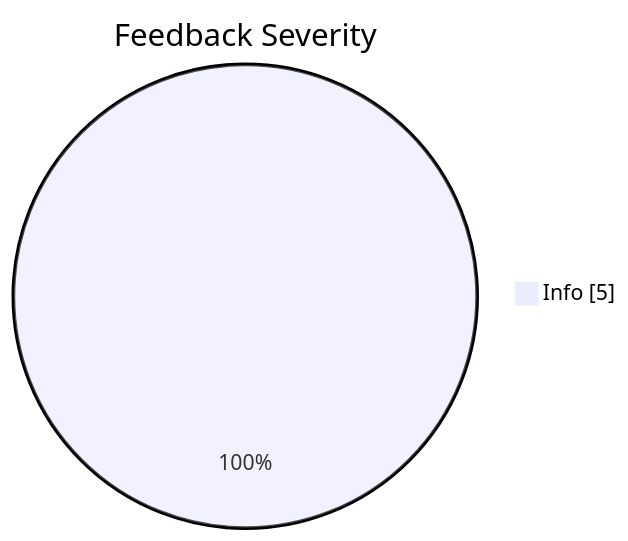
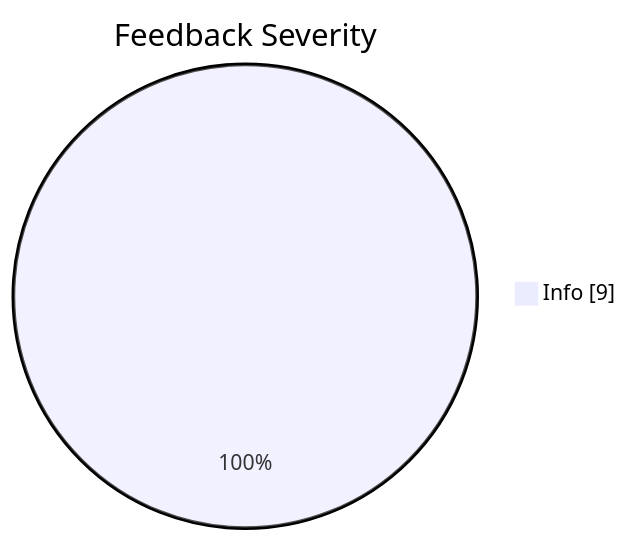
The fifth of 6 diagrams in README.md (JakubPawinski/gitcode-solutions), drawn with Mermaid before and after one commit. The commit also changed other lines of this file, not shown here.

````diff
--- a/README.md
+++ b/README.md
@@ -172,5 +175,5 @@
 ```mermaid
 pie showData
     title Feedback Severity
-    "Info" : 5
+    "Info" : 9
 ```
````
